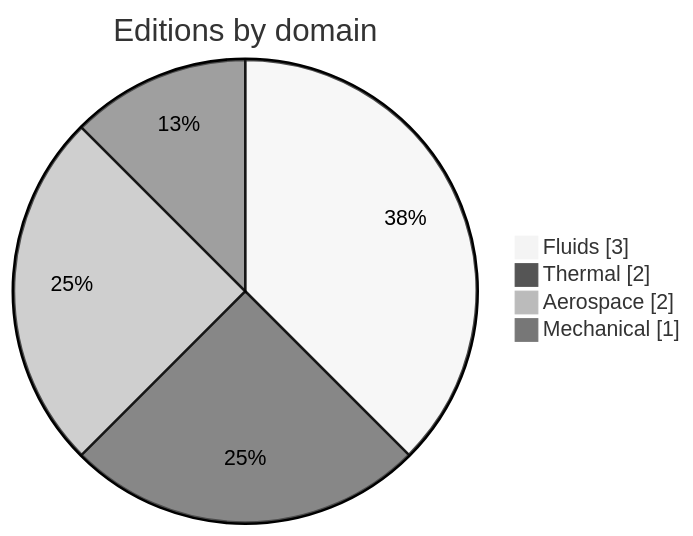
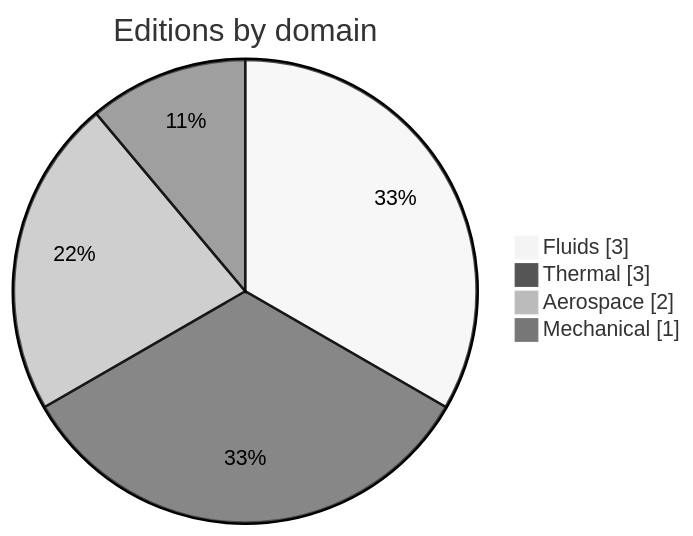
Before and after one commit to omax404/acta-problemata: the second of 2 diagrams in README.md, drawn with Mermaid (neutral theme). The commit also changed other lines of this file and 7 other files, not shown here.

````diff
--- a/README.md
+++ b/README.md
@@ -160,7 +161,7 @@
 ```mermaid
 pie showData title Editions by domain
   "Fluids" : 3
-  "Thermal" : 2
+  "Thermal" : 3
   "Aerospace" : 2
   "Mechanical" : 1
 ```
````
